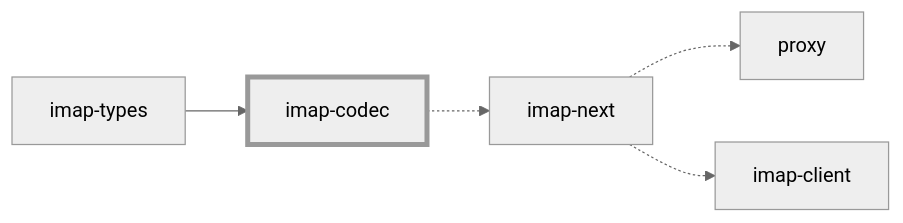
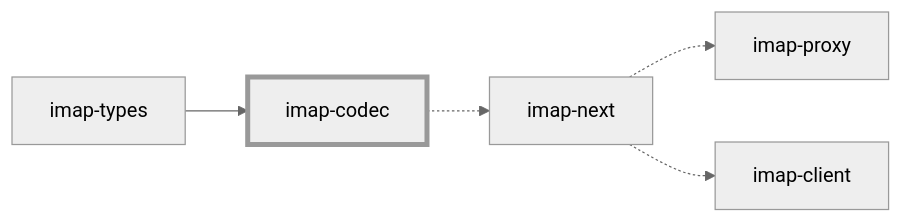
Before and after one commit to duesee/imap-codec: the diagram in imap-codec/README.md, drawn with Mermaid. The commit also changed 1 other file, not shown here.

Commit message:
docs: update references from `proxy` to `imap-proxy`

````diff
--- a/imap-codec/README.md
+++ b/imap-codec/README.md
@@ -3,16 +3,16 @@
 ```mermaid
 %%{init: {'theme': 'neutral' } }%%
 flowchart LR
     imap-types --> imap-codec
     imap-codec -.-> imap-next
-    imap-next -.-> proxy
+    imap-next -.-> imap-proxy
     imap-next -.-> imap-client
     
     style imap-codec stroke-width:4px
     
     click imap-types href "https://github.com/duesee/imap-codec/tree/main/imap-types"
     click imap-codec href "https://github.com/duesee/imap-codec"
     click imap-next href "https://github.com/duesee/imap-next"
-    click proxy href "https://github.com/duesee/imap-next/tree/main/proxy"
+    click imap-proxy href "https://github.com/duesee/imap-proxy"
     click imap-client href "https://github.com/soywod/imap-client"
 ```
````
